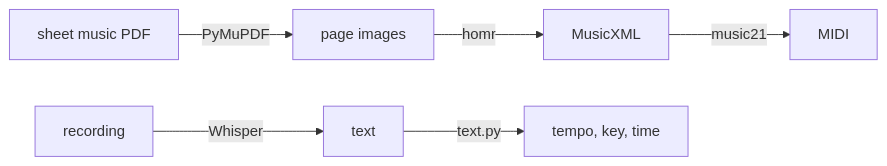
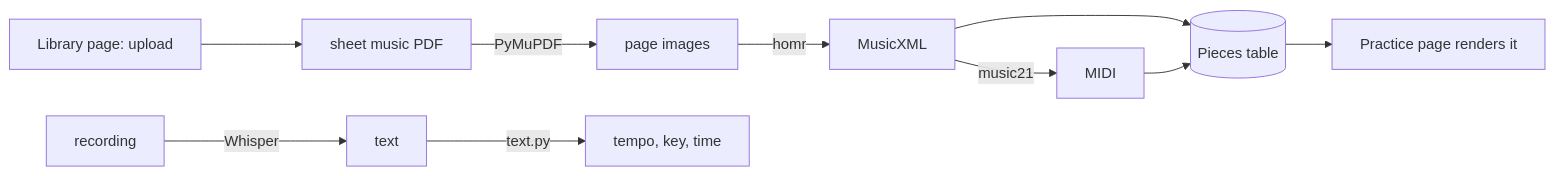
The diagram in ml/README.md (kava117/The-Nice-Plates), drawn with Mermaid before and after one commit. The commit also changed other lines of this file and 6 other files, not shown here.

First line of the commit message:
ml: the library uploads a sheet, the database keeps it, the practice page shows it

````diff
--- a/ml/README.md
+++ b/ml/README.md
@@ -3,5 +3,6 @@
 ```mermaid
 flowchart LR
-    pdf[sheet music PDF] -->|PyMuPDF| png[page images] -->|homr| xml[MusicXML] -->|music21| mid[MIDI]
+    up[Library page: upload] --> pdf[sheet music PDF] -->|PyMuPDF| png[page images] -->|homr| xml[MusicXML] -->|music21| mid[MIDI]
+    xml & mid --> db[(Pieces table)] --> pr[Practice page renders it]
     rec[recording] -->|Whisper| txt[text] -->|text.py| info[tempo, key, time]
 ```
````
